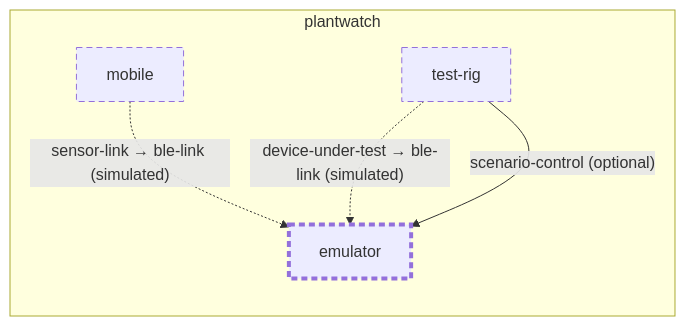
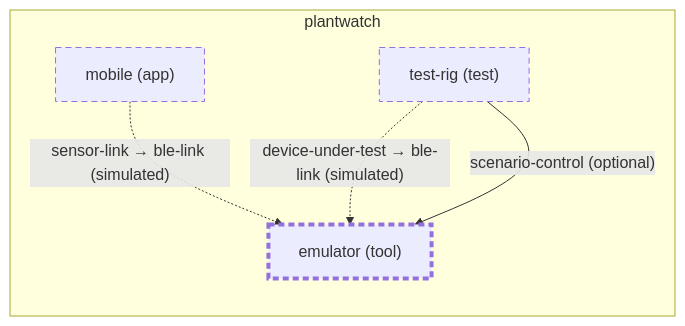
The diagram in examples/plantwatch/emulator/docs/diagrams/context.md (wackazong/unifold), drawn with Mermaid before and after one commit. The commit also changed other lines of this file and 339 other files, not shown here.

````diff
--- a/examples/plantwatch/emulator/docs/diagrams/context.md
+++ b/examples/plantwatch/emulator/docs/diagrams/context.md
@@ -8,17 +8,17 @@
 ```mermaid
 flowchart LR
   subgraph u_root["plantwatch"]
-    u_emulator["emulator"]
-    u_mobile["mobile"]
-    u_test_drig["test-rig"]
+    u_emulator["emulator (tool)"]
+    u_mobile["mobile (app)"]
+    u_test_drig["test-rig (test)"]
   end
   u_mobile -.->|"sensor-link → ble-link (simulated)"| u_emulator
   u_test_drig -.->|"device-under-test → ble-link (simulated)"| u_emulator
   u_test_drig -->|"scenario-control (optional)"| u_emulator
   classDef focus stroke-width:4px
   classDef planned stroke-dasharray:6 4
   classDef deprecated stroke-dasharray:2 2,opacity:0.6
   classDef plain stroke-dasharray:2 3
   class u_emulator,u_mobile,u_test_drig planned
   class u_emulator focus
 ```
````
